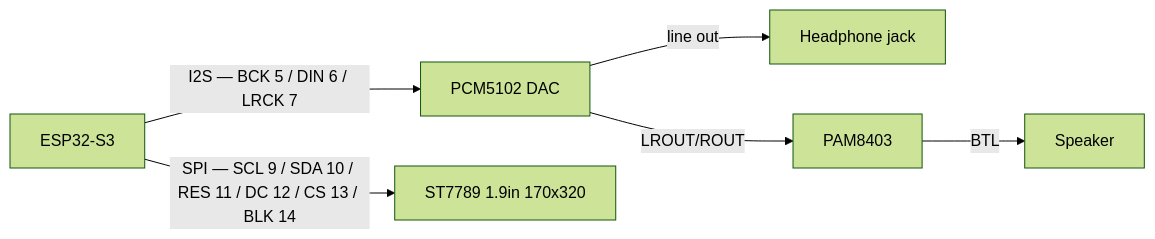
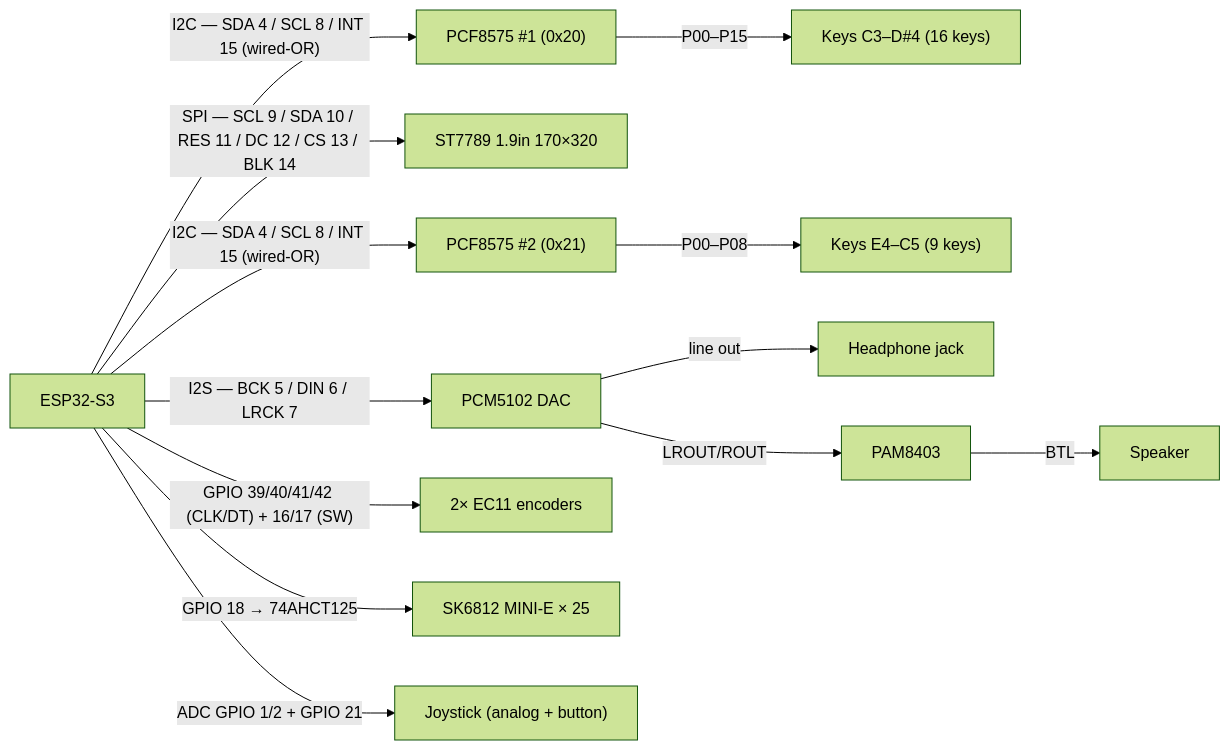
Before and after one commit to salazarr-js/pocket-groovebox: the diagram in docs/hardware/wiring.md, drawn with Mermaid (forest theme). The commit also changed other lines of this file and 11 other files, not shown here.

````diff
--- a/docs/hardware/wiring.md
+++ b/docs/hardware/wiring.md
@@ -9,9 +15,16 @@
 ```mermaid
 flowchart LR
     MCU["ESP32-S3"]
     MCU -->|"I2S — BCK 5 / DIN 6 / LRCK 7"| DAC["PCM5102 DAC"]
-    MCU -->|"SPI — SCL 9 / SDA 10 / RES 11 / DC 12 / CS 13 / BLK 14"| TFT["ST7789 1.9in 170x320"]
+    MCU -->|"SPI — SCL 9 / SDA 10 / RES 11 / DC 12 / CS 13 / BLK 14"| TFT["ST7789 1.9in 170×320"]
+    MCU -->|"I2C — SDA 4 / SCL 8 / INT 15 (wired-OR)"| EXP1["PCF8575 #1 (0x20)"]
+    MCU -->|"I2C — SDA 4 / SCL 8 / INT 15 (wired-OR)"| EXP2["PCF8575 #2 (0x21)"]
+    EXP1 -->|"P00–P15"| KEYS1["Keys C3–D#4 (16 keys)"]
+    EXP2 -->|"P00–P08"| KEYS2["Keys E4–C5 (9 keys)"]
+    MCU -->|"GPIO 39/40/41/42 (CLK/DT) + 16/17 (SW)"| ENC["2× EC11 encoders"]
+    MCU -->|"GPIO 18 → 74AHCT125"| LED["SK6812 MINI-E × 25"]
+    MCU -->|"ADC GPIO 1/2 + GPIO 21"| JOY["Joystick (analog + button)"]
     DAC -->|"line out"| HP["Headphone jack"]
     DAC -->|"LROUT/ROUT"| AMP["PAM8403"]
     AMP -->|"BTL"| SPK["Speaker"]
 ```
````
